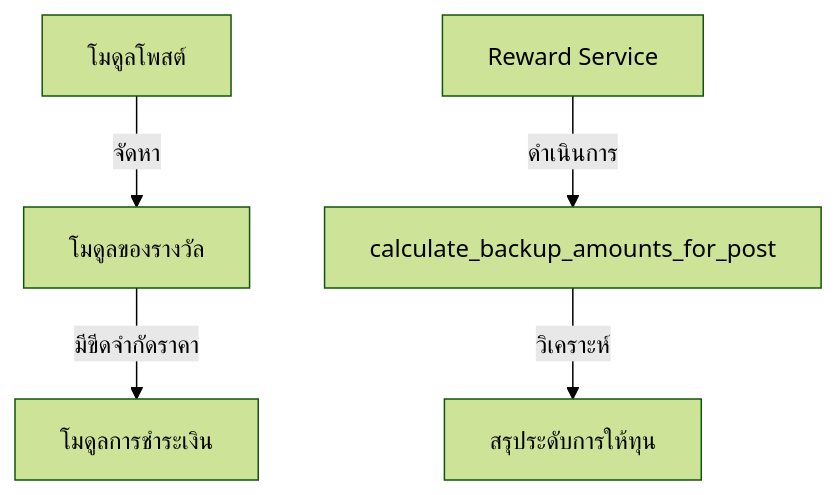
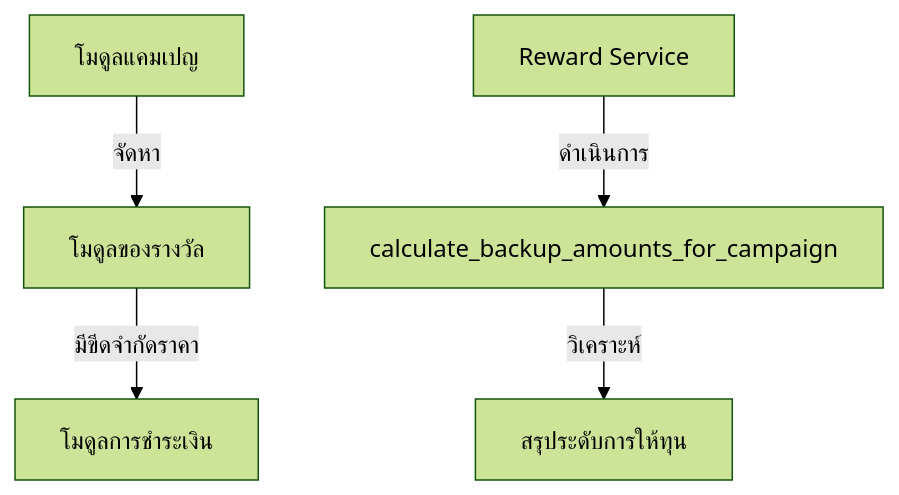
One commit to o-kard/okard-backend changed the diagram in docs/developer_manual/th/reward_module_manual.md. Above: the diagram before and after it, drawn with Mermaid (forest theme). The commit also changed other lines of this file and 15 other files, not shown here.

````diff
--- a/docs/developer_manual/th/reward_module_manual.md
+++ b/docs/developer_manual/th/reward_module_manual.md
@@ -21,8 +21,8 @@
 ```mermaid
 graph TD
-    Post[โมดูลโพสต์] -->|จัดหา| Reward[โมดูลของรางวัล]
+    Camp[โมดูลแคมเปญ] -->|จัดหา| Reward[โมดูลของรางวัล]
     Reward -->|มีขีดจำกัดราคา| Payment[โมดูลการชำระเงิน]
     
-    Service[Reward Service] -->|ดำเนินการ| Calculate[calculate_backup_amounts_for_post]
+    Service[Reward Service] -->|ดำเนินการ| Calculate[calculate_backup_amounts_for_campaign]
     Calculate -->|วิเคราะห์| Summary[สรุประดับการให้ทุน]
 ```
````
